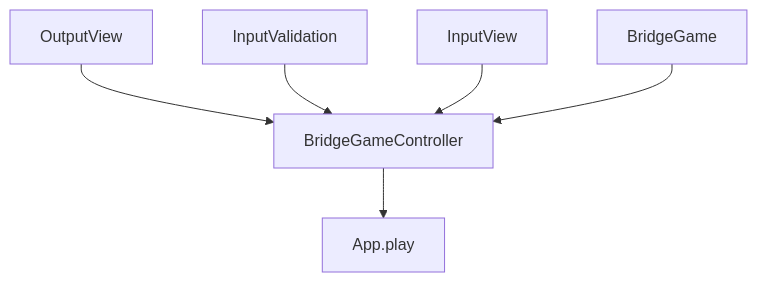
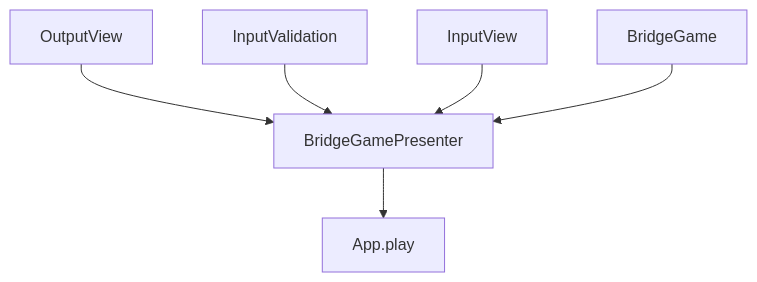
Before and after one commit to woowacourse-precourse/javascript-bridge: the diagram in docs/README.md, drawn with Mermaid. The commit also changed other lines of this file and 3 other files, not shown here.

````diff
--- a/docs/README.md
+++ b/docs/README.md
@@ -128,8 +133,8 @@
 ```mermaid
   flowchart TD
-    A[OutputView] --> B[BridgeGameController]
+    A[OutputView] --> B[BridgeGamePresenter]
     E[InputValidation] --> B
     F[InputView] --> B
     G[BridgeGame] --> B
     B --> H[App.play]
 ```
````
